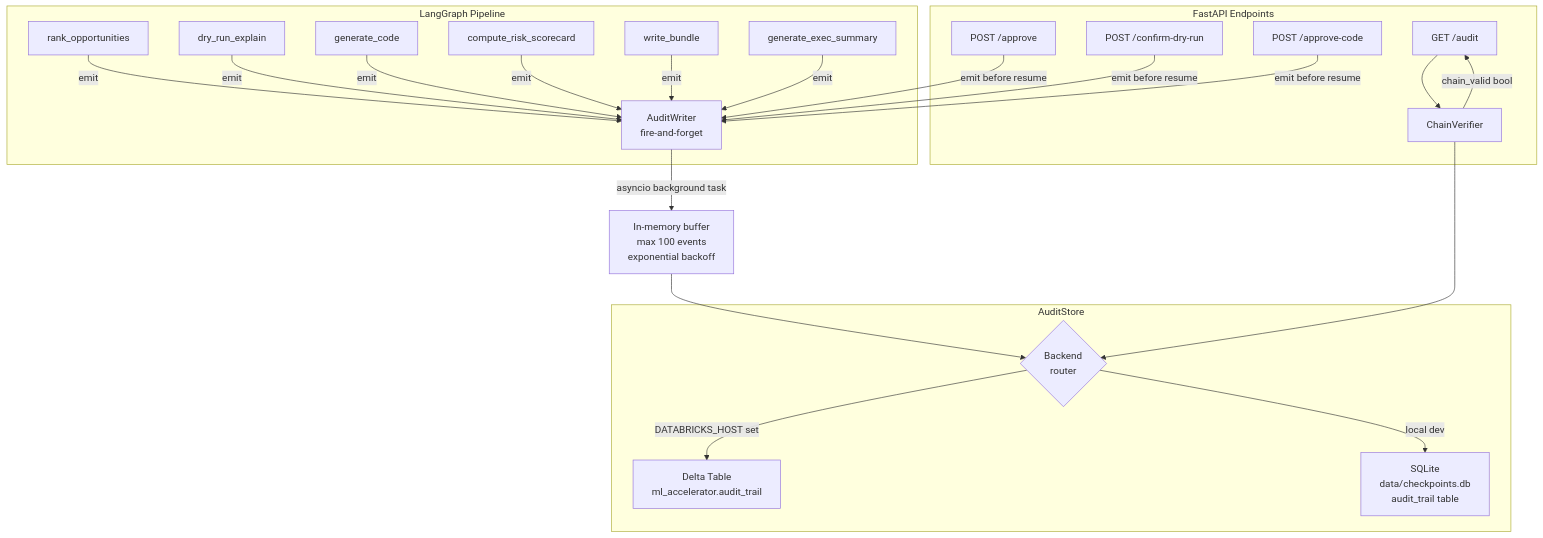
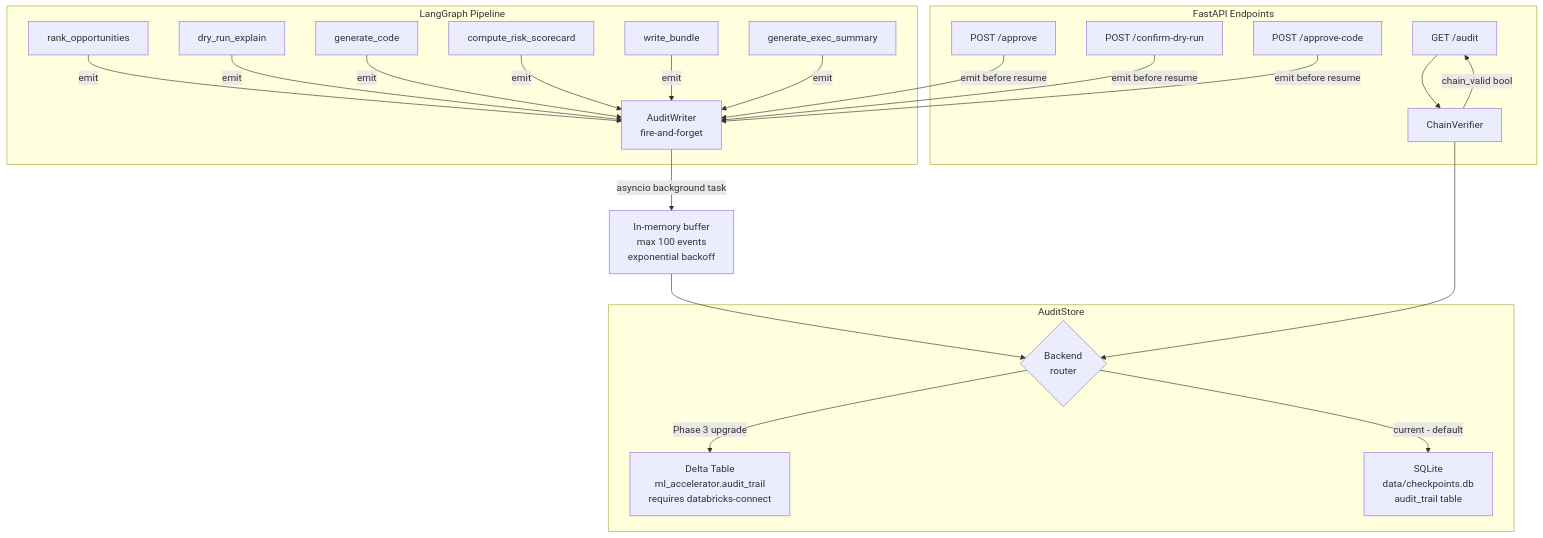
The diagram in .kiro/specs/audit-trail/design.md (DataWizardAshish/databricks-ml-acelerator), drawn with Mermaid before and after one commit. The commit also changed other lines of this file and 1 other file, not shown here.

Commit message:
fix(audit-trail): SQLite-first storage, Delta deferred to Phase 3

````diff
--- a/.kiro/specs/audit-trail/design.md
+++ b/.kiro/specs/audit-trail/design.md
@@ -20,30 +23,30 @@
 ```mermaid
 graph TD
     subgraph LangGraph Pipeline
         N1[rank_opportunities] -->|emit| AW
         N2[dry_run_explain] -->|emit| AW
         N3[generate_code] -->|emit| AW
         N4[compute_risk_scorecard] -->|emit| AW
         N5[write_bundle] -->|emit| AW
         N6[generate_exec_summary] -->|emit| AW
     end
 
     subgraph FastAPI Endpoints
         E1[POST /approve] -->|emit before resume| AW
         E2[POST /confirm-dry-run] -->|emit before resume| AW
         E3[POST /approve-code] -->|emit before resume| AW
         E4[GET /audit] --> CV
     end
 
     AW[AuditWriter\nfire-and-forget] -->|asyncio background task| BUF
     BUF[In-memory buffer\nmax 100 events\nexponential backoff] --> AS
 
     subgraph AuditStore
         AS{Backend\nrouter}
-        AS -->|DATABRICKS_HOST set| DT[Delta Table\nml_accelerator.audit_trail]
-        AS -->|local dev| SQ[SQLite\ndata/checkpoints.db\naudit_trail table]
+        AS -->|Phase 3 upgrade| DT[Delta Table\nml_accelerator.audit_trail\nrequires databricks-connect]
+        AS -->|current - default| SQ[SQLite\ndata/checkpoints.db\naudit_trail table]
     end
 
     CV[ChainVerifier] --> AS
     CV -->|chain_valid bool| E4
 ```
````
